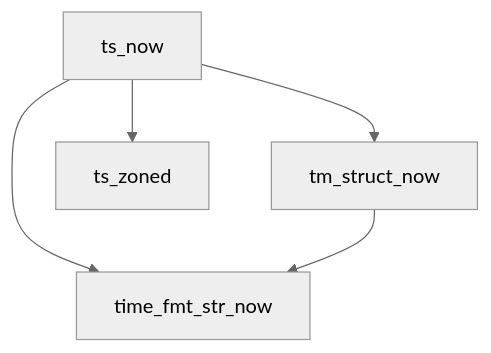
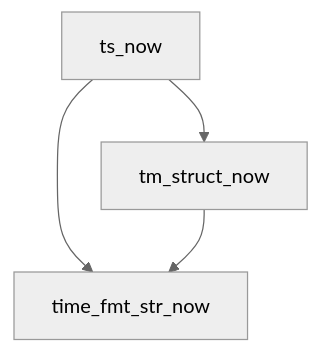
One commit to mikeli94cn/c changed the second of 2 diagrams in flowchart.md. Above: the diagram before and after it, drawn with Mermaid (neutral theme).

Commit message:
time in c

````diff
--- a/flowchart.md
+++ b/flowchart.md
@@ -25,7 +25,6 @@
 ```mermaid
 flowchart TD
     A[ts_now] --> B[tm_struct_now]
     A --> C[time_fmt_str_now]  
     B --> C
-    A --> D[ts_zoned]
 ```
````
